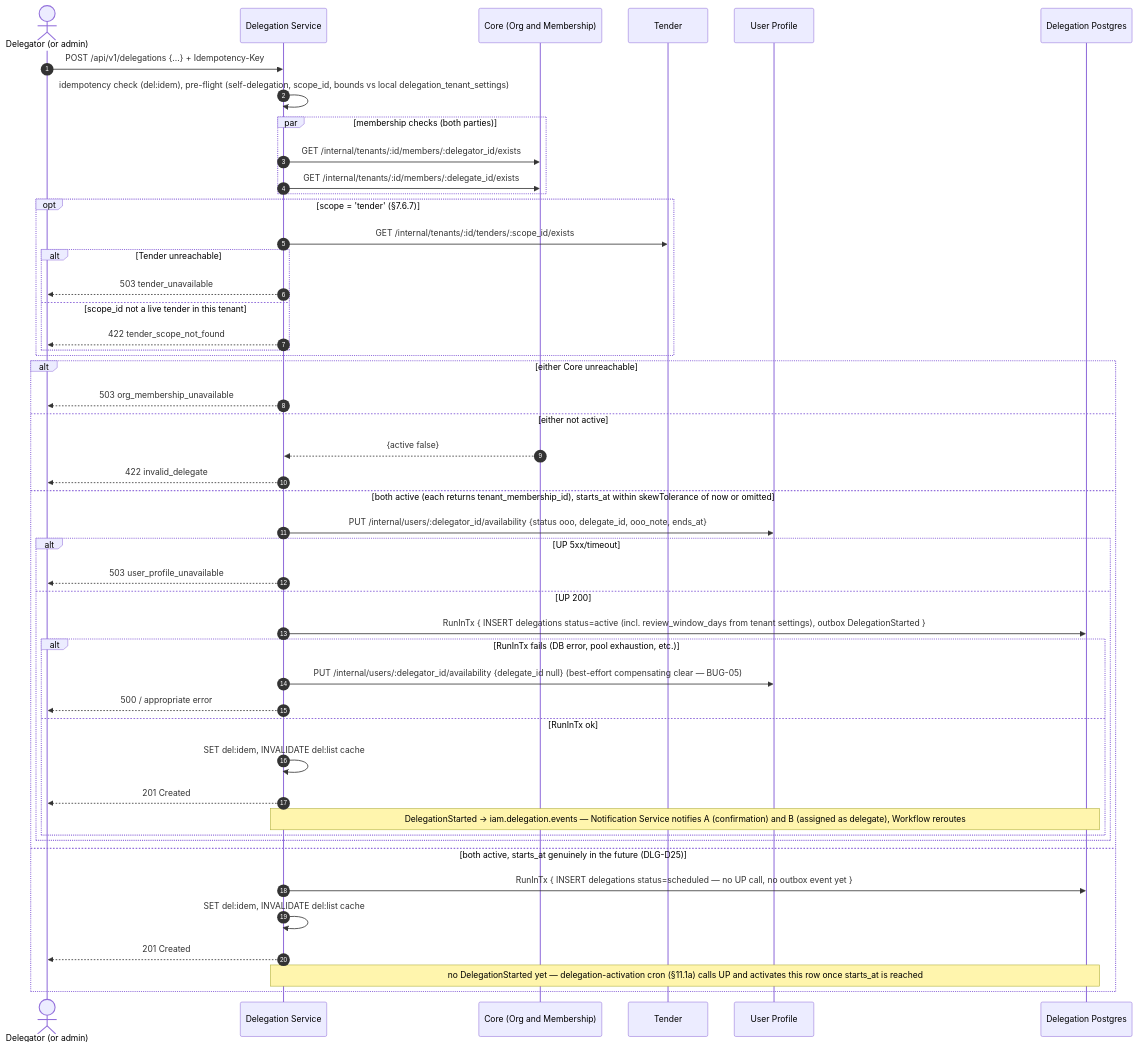
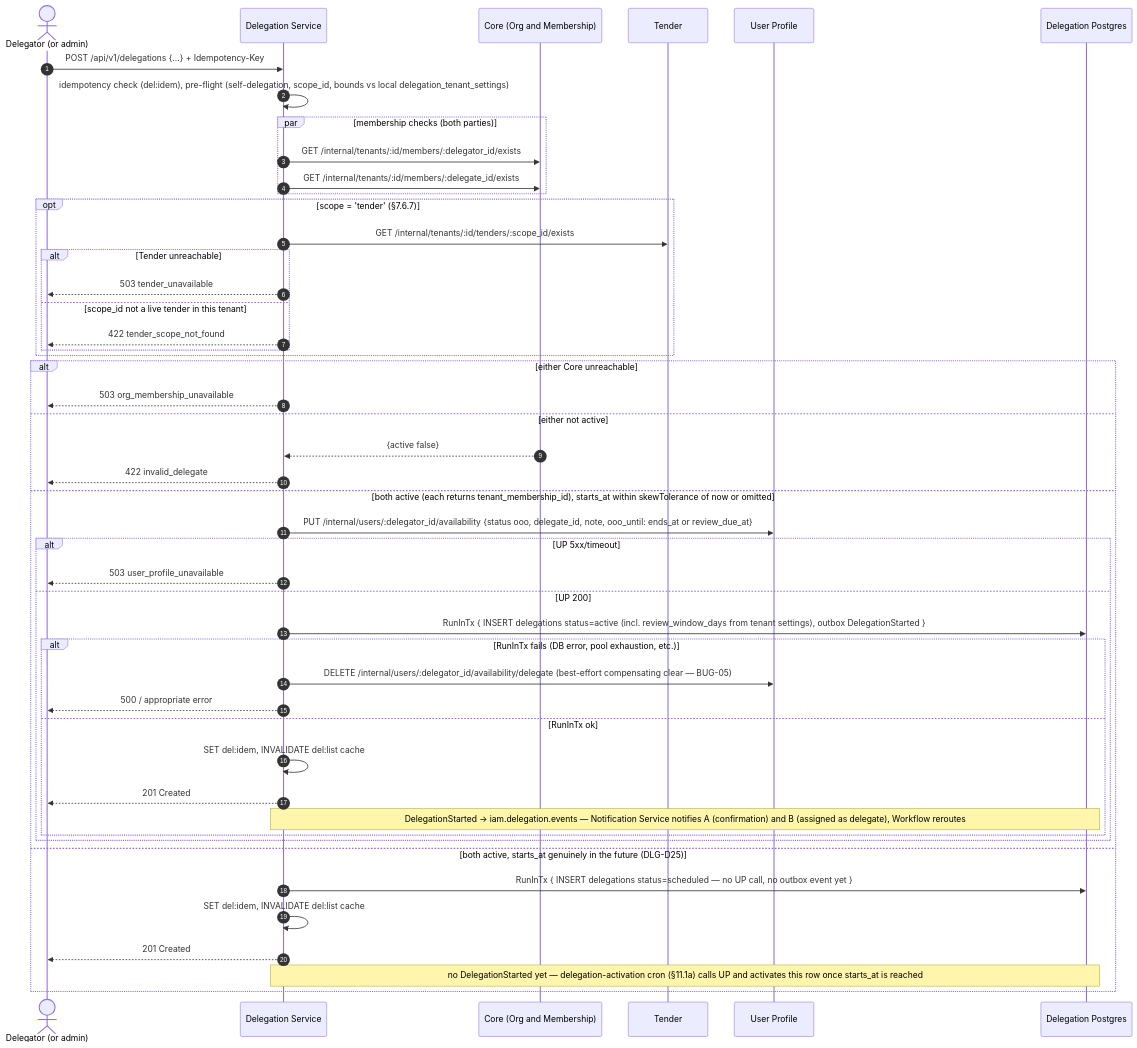
Before and after one commit to BCBP-SOLUTIONS-FZC-LLC/iam-delegation: the third of 10 diagrams in docs/lld/iam-lld-delegation-service.md, drawn with Mermaid. The commit also changed other lines of this file and 48 other files, not shown here.

````diff
--- a/docs/lld/iam-lld-delegation-service.md
+++ b/docs/lld/iam-lld-delegation-service.md
@@ -856,51 +863,51 @@
 ```mermaid
 sequenceDiagram
     autonumber
     actor DR as Delegator (or admin)
     participant DLG as Delegation Service
     participant Core as Core (Org and Membership)
     participant TN as Tender
     participant UP as User Profile
     participant PG as Delegation Postgres
 
     DR->>DLG: POST /api/v1/delegations {...} + Idempotency-Key
     DLG->>DLG: idempotency check (del:idem), pre-flight (self-delegation, scope_id, bounds vs local delegation_tenant_settings)
     par membership checks (both parties)
         DLG->>Core: GET /internal/tenants/:id/members/:delegator_id/exists
         DLG->>Core: GET /internal/tenants/:id/members/:delegate_id/exists
     end
     opt scope = 'tender' (§7.6.7)
         DLG->>TN: GET /internal/tenants/:id/tenders/:scope_id/exists
         alt Tender unreachable
             DLG-->>DR: 503 tender_unavailable
         else scope_id not a live tender in this tenant
             DLG-->>DR: 422 tender_scope_not_found
         end
     end
     alt either Core unreachable
         DLG-->>DR: 503 org_membership_unavailable
     else either not active
         Core-->>DLG: {active false}
         DLG-->>DR: 422 invalid_delegate
     else both active (each returns tenant_membership_id), starts_at within skewTolerance of now or omitted
-        DLG->>UP: PUT /internal/users/:delegator_id/availability {status ooo, delegate_id, ooo_note, ends_at}
+        DLG->>UP: PUT /internal/users/:delegator_id/availability {status ooo, delegate_id, note, ooo_until: ends_at or review_due_at}
         alt UP 5xx/timeout
             DLG-->>DR: 503 user_profile_unavailable
         else UP 200
             DLG->>PG: RunInTx { INSERT delegations status=active (incl. review_window_days from tenant settings), outbox DelegationStarted }
             alt RunInTx fails (DB error, pool exhaustion, etc.)
-                DLG->>UP: PUT /internal/users/:delegator_id/availability {delegate_id null} (best-effort compensating clear — BUG-05)
+                DLG->>UP: DELETE /internal/users/:delegator_id/availability/delegate (best-effort compensating clear — BUG-05)
                 DLG-->>DR: 500 / appropriate error
             else RunInTx ok
                 DLG->>DLG: SET del:idem, INVALIDATE del:list cache
                 DLG-->>DR: 201 Created
                 Note over DLG,PG: DelegationStarted → iam.delegation.events — Notification Service notifies A (confirmation) and B (assigned as delegate), Workflow reroutes
             end
         end
     else both active, starts_at genuinely in the future (DLG-D25)
         DLG->>PG: RunInTx { INSERT delegations status=scheduled — no UP call, no outbox event yet }
         DLG->>DLG: SET del:idem, INVALIDATE del:list cache
         DLG-->>DR: 201 Created
         Note over DLG,PG: no DelegationStarted yet — delegation-activation cron (§11.1a) calls UP and activates this row once starts_at is reached
     end
 ```
````
